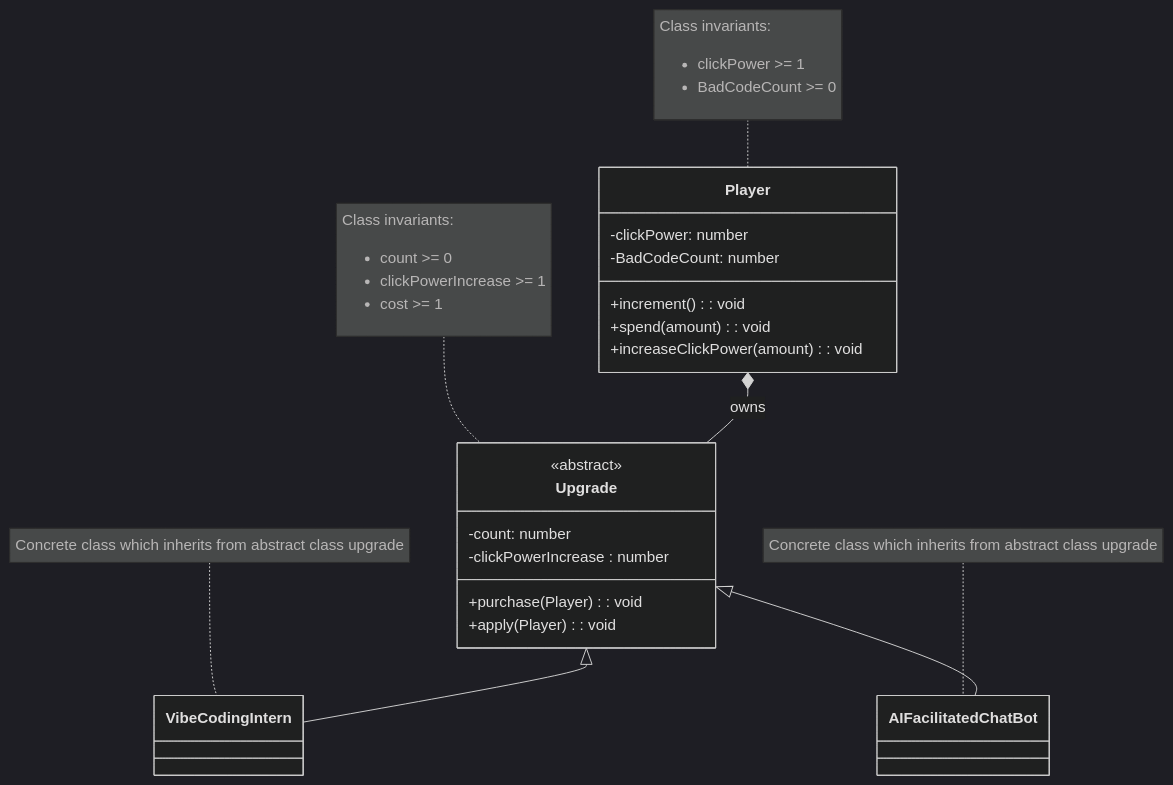
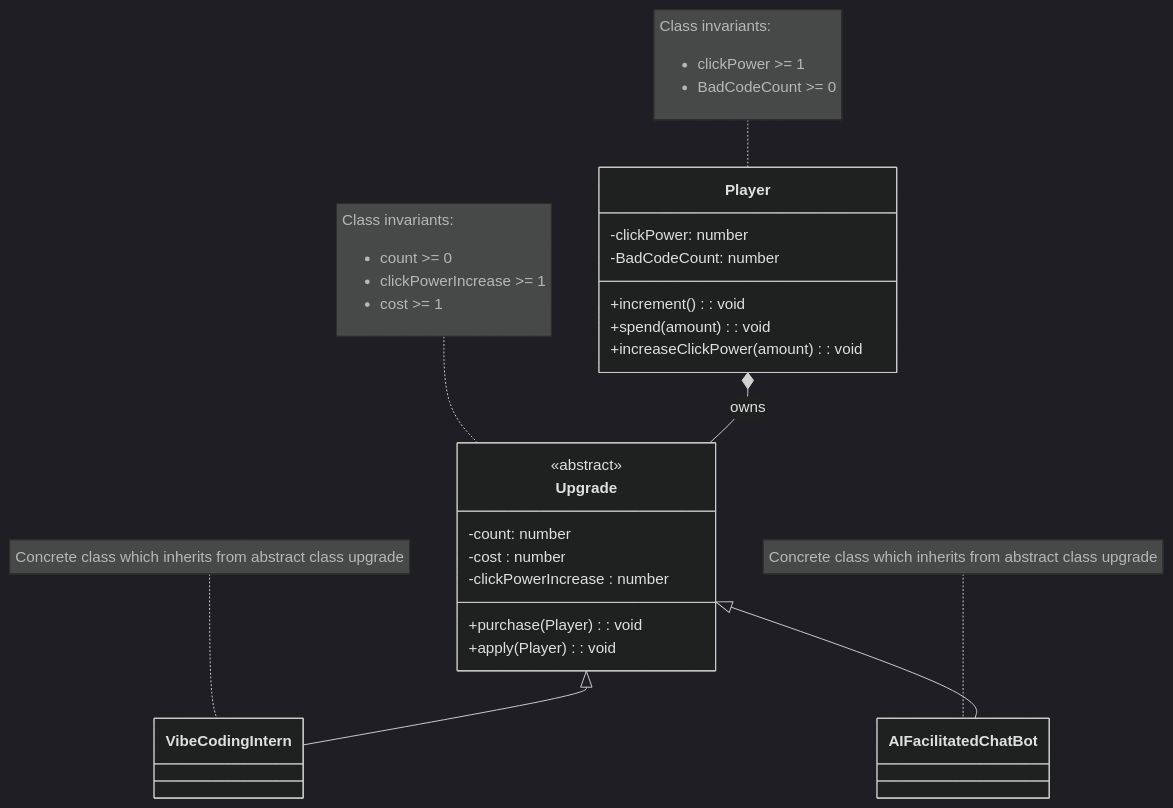
One commit to MoulikB/2452-project changed the diagram in domain.md. Above: the diagram before and after it, drawn with Mermaid (dark theme).

Commit message:
Updated domain

````diff
--- a/domain.md
+++ b/domain.md
@@ -11,44 +11,45 @@
 ```mermaid
 classDiagram
 
 class Player {
     -clickPower: number
     -BadCodeCount: number
     +increment() : void
     +spend(amount): void
     +increaseClickPower(amount): void
 }
 
 note for Player "Class invariants:
 <ul>
 <li>clickPower >= 1</li>
 <li>BadCodeCount >= 0</li>
 </ul>"
 
 class Upgrade {
     <<abstract>>
     -count: number
+    -cost : number
     -clickPowerIncrease : number
     +purchase(Player) : void
     +apply(Player) : void
  }
 
 note for Upgrade "Class invariants:
 <ul>
 <li>count >= 0</li>
 <li>clickPowerIncrease >= 1</li>
 <li>cost >= 1</li>
 </ul>"
 
 class VibeCodingIntern
 
 class AIFacilitatedChatBot
 
 note for VibeCodingIntern "Concrete class which inherits from abstract class upgrade"
 
 note for AIFacilitatedChatBot "Concrete class which inherits from abstract class upgrade"
 Upgrade <|-- VibeCodingIntern
 Upgrade <|-- AIFacilitatedChatBot
 
 Player *-- Upgrade : owns
 ```
````
